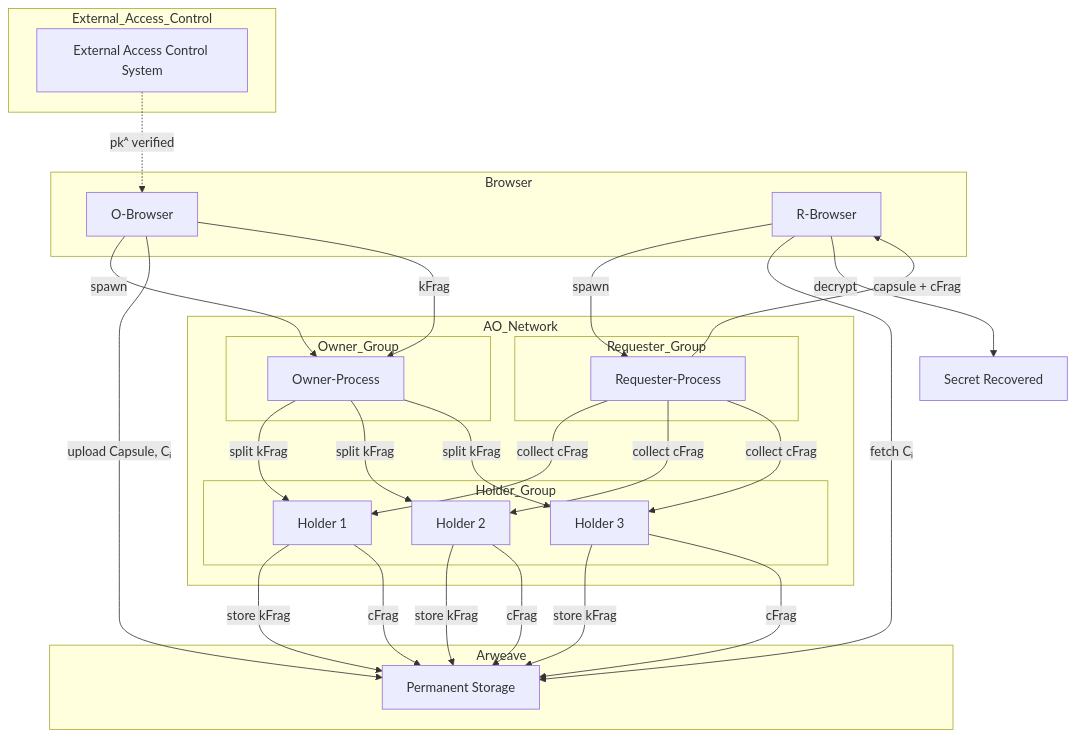
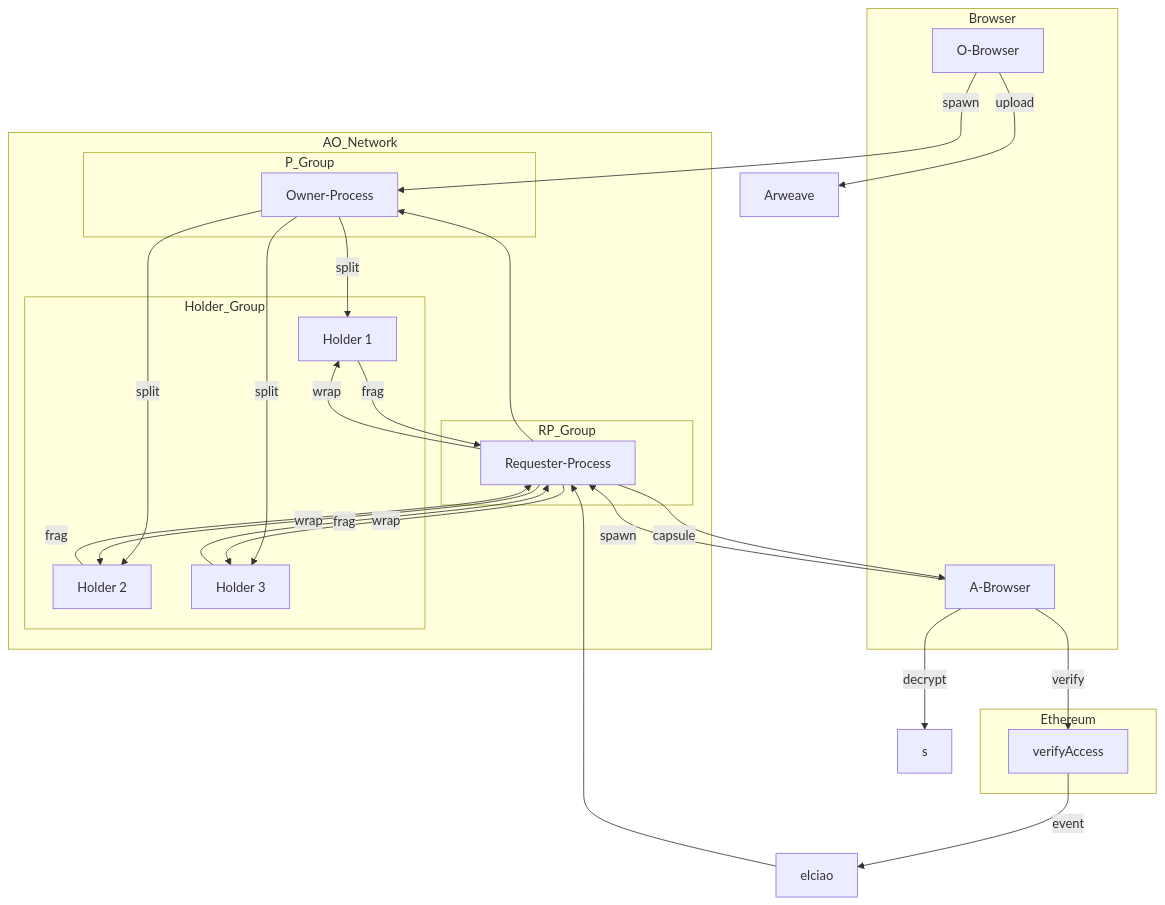
The diagram in docs/PRD.md (shodaimomiyama/D-TPRES), drawn with Mermaid before and after one commit. The commit also changed other lines of this file and 489 other files, not shown here.

````diff
--- a/docs/PRD.md
+++ b/docs/PRD.md
@@ -114,42 +162,38 @@
 ```mermaid
 flowchart TD
     subgraph Browser
         OB[O-Browser]
-        RB[R-Browser]
+        AB[A-Browser]
     end
 
-    subgraph External_Access_Control
-        EXT[External Access Control System]
+    subgraph Ethereum
+        SC[verifyAccess]
     end
 
     subgraph AO_Network
-        subgraph Owner_Group
+        subgraph P_Group
             PO[Owner-Process]
         end
-        subgraph Requester_Group
+        subgraph RP_Group
             RP[Requester-Process]
         end
         subgraph Holder_Group
             H1[Holder 1]
             H2[Holder 2]
             H3[Holder 3]
         end
     end
 
-    subgraph Arweave
-        AR[Permanent Storage]
-    end
-
-    EXT -.->|pkᴬ verified| OB
     OB -->|spawn| PO
-    OB -->|upload Capsule, Cᵢ| AR
-    RB -->|spawn| RP
-    OB -->|kFrag| PO
-    PO -->|split kFrag| H1 & H2 & H3
-    H1 & H2 & H3 -->|store kFrag| AR
-    H1 & H2 & H3 -->|cFrag| AR
-    RP -->|collect cFrag| H1 & H2 & H3
-    RP -->|capsule + cFrag| RB
-    RB -->|fetch Cᵢ| AR
-    RB -->|decrypt| s[Secret Recovered]
+    OB -->|upload| AR[Arweave]
+    AB -->|spawn| RP
+    AB -->|verify| SC
+    SC -->|event| elciao[elciao]
+    elciao --> RP
+    RP --> PO
+    PO -->|split| H1 & H2 & H3
+    RP -->|wrap| H1 & H2 & H3
+    H1 & H2 & H3 -->|frag| RP
+    RP -->|capsule| AB
+    AB -->|decrypt| s
 ```
````
